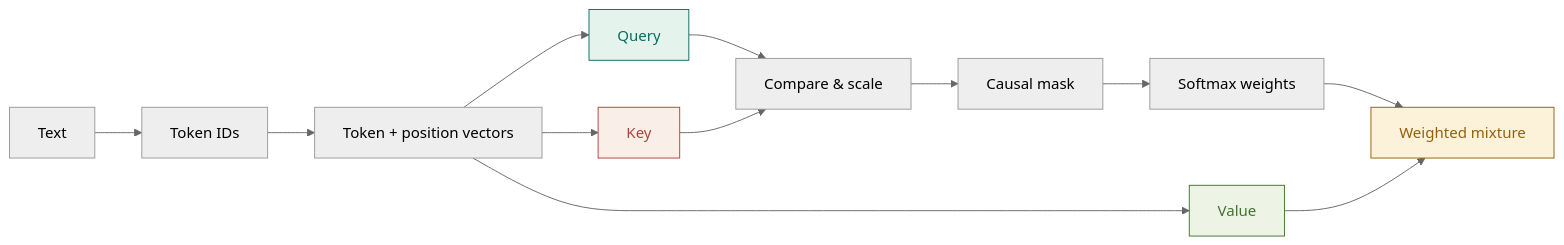
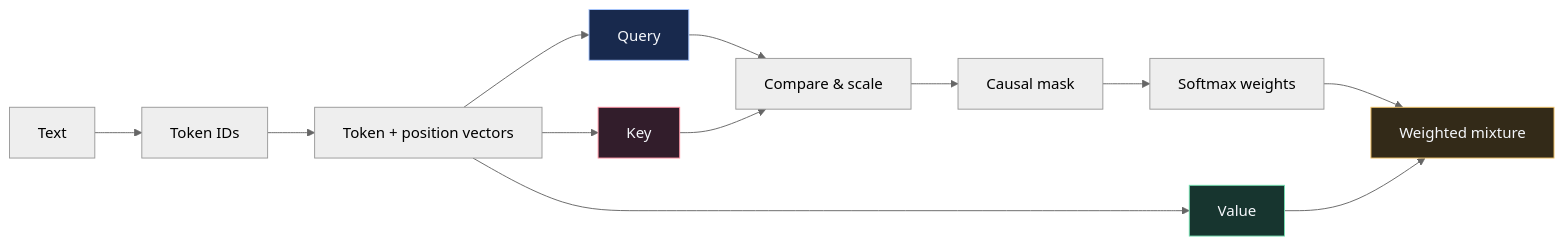
Before and after one commit to zakariahere/inside-the-token: the diagram in README.md, drawn with Mermaid (neutral theme). The commit also changed other lines of this file and 6 other files, not shown here.

````diff
--- a/README.md
+++ b/README.md
@@ -30,18 +32,18 @@
 ```mermaid
 flowchart LR
     T[Text] --> I[Token IDs]
     I --> X[Token + position vectors]
     X --> Q[Query]
     X --> K[Key]
     X --> V[Value]
     Q --> S[Compare & scale]
     K --> S
     S --> M[Causal mask]
     M --> A[Softmax weights]
     A --> C[Weighted mixture]
     V --> C
-    style Q fill:#e5f3ed,stroke:#096b62,color:#096b62
-    style K fill:#faeee9,stroke:#ac4639,color:#ac4639
-    style V fill:#edf4e5,stroke:#447131,color:#447131
-    style C fill:#fbf2d9,stroke:#93600e,color:#93600e
+    style Q fill:#18294d,stroke:#a8c7ff,color:#f5f7fb
+    style K fill:#321d2b,stroke:#ff95a5,color:#f5f7fb
+    style V fill:#17352f,stroke:#74dfb1,color:#f5f7fb
+    style C fill:#332a18,stroke:#f4c56a,color:#f5f7fb
 ```
````
